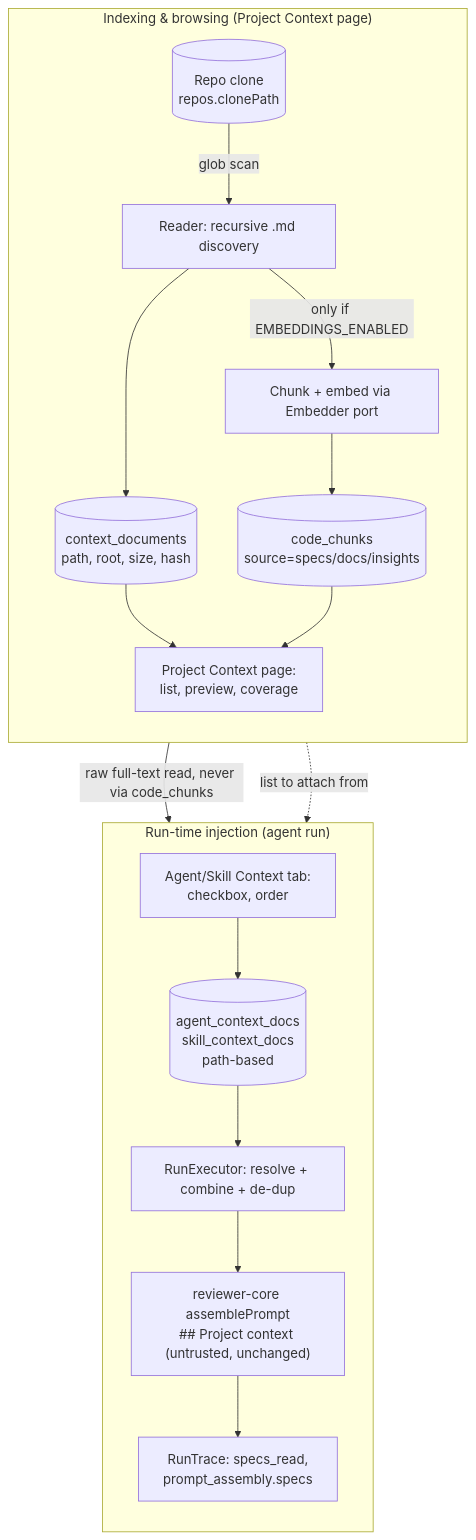
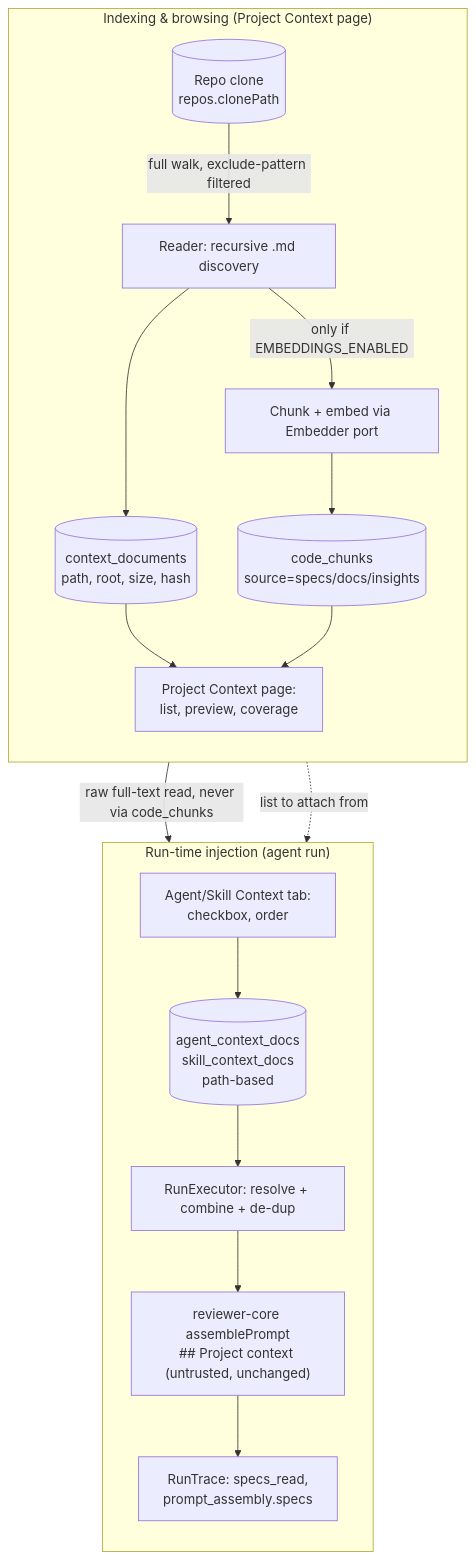
The diagram in specs/cross-cutting/project-context-folder/spec.md (redfoxius/dev-digest), drawn with Mermaid before and after one commit. The commit also changed other lines of this file and 21 other files, not shown here.

````diff
--- a/specs/cross-cutting/project-context-folder/spec.md
+++ b/specs/cross-cutting/project-context-folder/spec.md
@@ -158,23 +189,23 @@
 ```mermaid
 flowchart TD
     subgraph Indexing["Indexing & browsing (Project Context page)"]
         direction TD
-        FS[("Repo clone\nrepos.clonePath")] -->|glob scan| Reader[Reader: recursive .md discovery]
+        FS[("Repo clone\nrepos.clonePath")] -->|full walk, exclude-pattern filtered| Reader[Reader: recursive .md discovery]
         Reader --> CD[(context_documents\npath, root, size, hash)]
         Reader -->|only if EMBEDDINGS_ENABLED| Chunker[Chunk + embed via Embedder port]
         Chunker --> CC[(code_chunks\nsource=specs/docs/insights)]
         CD --> Browser[Project Context page:\nlist, preview, coverage]
         CC --> Browser
     end
 
     subgraph Runtime["Run-time injection (agent run)"]
         direction TD
         AttachUI[Agent/Skill Context tab:\ncheckbox, order] --> Links[(agent_context_docs\nskill_context_docs\npath-based)]
         Links --> Resolver[RunExecutor: resolve + combine + de-dup]
         FS -->|raw full-text read, never via code_chunks| Resolver
         Resolver --> Prompt["reviewer-core assemblePrompt\n## Project context (untrusted, unchanged)"]
         Prompt --> Trace[RunTrace: specs_read,\nprompt_assembly.specs]
     end
 
     CD -. "list to attach from" .-> AttachUI
 ```
````
